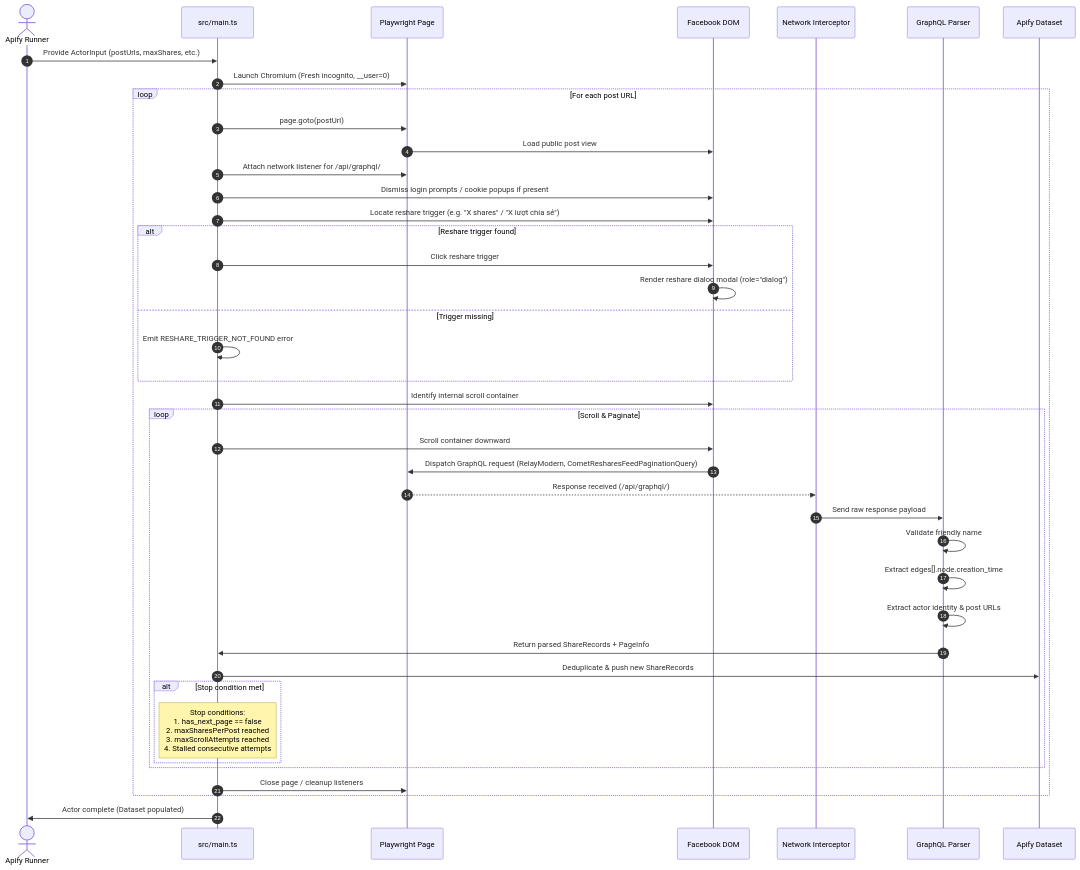
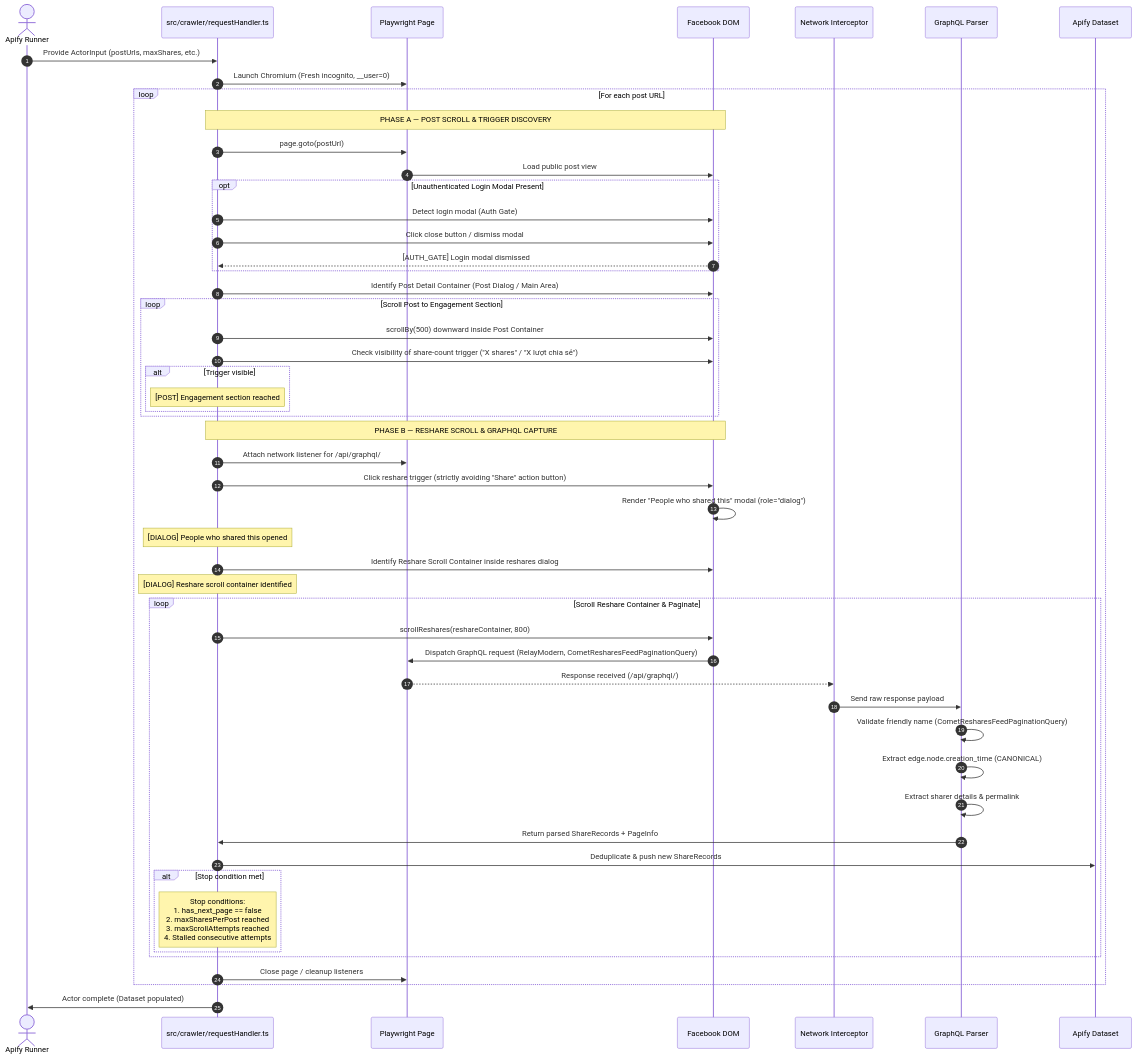
One commit to Khenggg/facebook-share-time-scraper changed the diagram in docs/SCRAPING_FLOW.md. Above: the diagram before and after it, drawn with Mermaid. The commit also changed other lines of this file and 21 other files, not shown here.

Commit message:
feat(poc): complete Phase 1 live logged-out reshare scraper with two-phase scroll architecture

````diff
--- a/docs/SCRAPING_FLOW.md
+++ b/docs/SCRAPING_FLOW.md
@@ -9,50 +9,64 @@
 ```mermaid
 sequenceDiagram
     autonumber
     actor User as Apify Runner
-    participant Main as src/main.ts
+    participant Main as src/crawler/requestHandler.ts
     participant Browser as Playwright Page
     participant DOM as Facebook DOM
     participant Network as Network Interceptor
     participant Parser as GraphQL Parser
     participant Storage as Apify Dataset
 
     User->>Main: Provide ActorInput (postUrls, maxShares, etc.)
     Main->>Browser: Launch Chromium (Fresh incognito, __user=0)
     
     loop For each post URL
+        Note over Main,DOM: PHASE A — POST SCROLL & TRIGGER DISCOVERY
         Main->>Browser: page.goto(postUrl)
         Browser->>DOM: Load public post view
-        Main->>Browser: Attach network listener for /api/graphql/
-        Main->>DOM: Dismiss login prompts / cookie popups if present
         
-        Main->>DOM: Locate reshare trigger (e.g. "X shares" / "X lượt chia sẻ")
-        alt Reshare trigger found
-            Main->>DOM: Click reshare trigger
-            DOM->>DOM: Render reshare dialog modal (role="dialog")
-        else Trigger missing
-            Main->>Main: Emit RESHARE_TRIGGER_NOT_FOUND error
+        opt Unauthenticated Login Modal Present
+            Main->>DOM: Detect login modal (Auth Gate)
+            Main->>DOM: Click close button / dismiss modal
+            DOM-->>Main: [AUTH_GATE] Login modal dismissed
         end
 
-        Main->>DOM: Identify internal scroll container
+        Main->>DOM: Identify Post Detail Container (Post Dialog / Main Area)
         
-        loop Scroll & Paginate
-            Main->>DOM: Scroll container downward
+        loop Scroll Post to Engagement Section
+            Main->>DOM: scrollBy(500) downward inside Post Container
+            Main->>DOM: Check visibility of share-count trigger ("X shares" / "X lượt chia sẻ")
+            alt Trigger visible
+                Note over Main: [POST] Engagement section reached
+            end
+        end
+
+        Note over Main,DOM: PHASE B — RESHARE SCROLL & GRAPHQL CAPTURE
+        Main->>Browser: Attach network listener for /api/graphql/
+        Main->>DOM: Click reshare trigger (strictly avoiding "Share" action button)
+        DOM->>DOM: Render "People who shared this" modal (role="dialog")
+        Note over Main: [DIALOG] People who shared this opened
+
+        Main->>DOM: Identify Reshare Scroll Container inside reshares dialog
+        Note over Main: [DIALOG] Reshare scroll container identified
+        
+        loop Scroll Reshare Container & Paginate
+            Main->>DOM: scrollReshares(reshareContainer, 800)
             DOM->>Browser: Dispatch GraphQL request (RelayModern, CometResharesFeedPaginationQuery)
             Browser-->>Network: Response received (/api/graphql/)
             Network->>Parser: Send raw response payload
-            Parser->>Parser: Validate friendly name
-            Parser->>Parser: Extract edges[].node.creation_time
-            Parser->>Parser: Extract actor identity & post URLs
+            Parser->>Parser: Validate friendly name (CometResharesFeedPaginationQuery)
+            Parser->>Parser: Extract edge.node.creation_time (CANONICAL)
+            Parser->>Parser: Extract sharer details & permalink
             Parser->>Main: Return parsed ShareRecords + PageInfo
             Main->>Storage: Deduplicate & push new ShareRecords
             
             alt Stop condition met
                 Note over Main: Stop conditions:<br/>1. has_next_page == false<br/>2. maxSharesPerPost reached<br/>3. maxScrollAttempts reached<br/>4. Stalled consecutive attempts
             end
         end
         Main->>Browser: Close page / cleanup listeners
     end
 
     Main->>User: Actor complete (Dataset populated)
 ```
````
